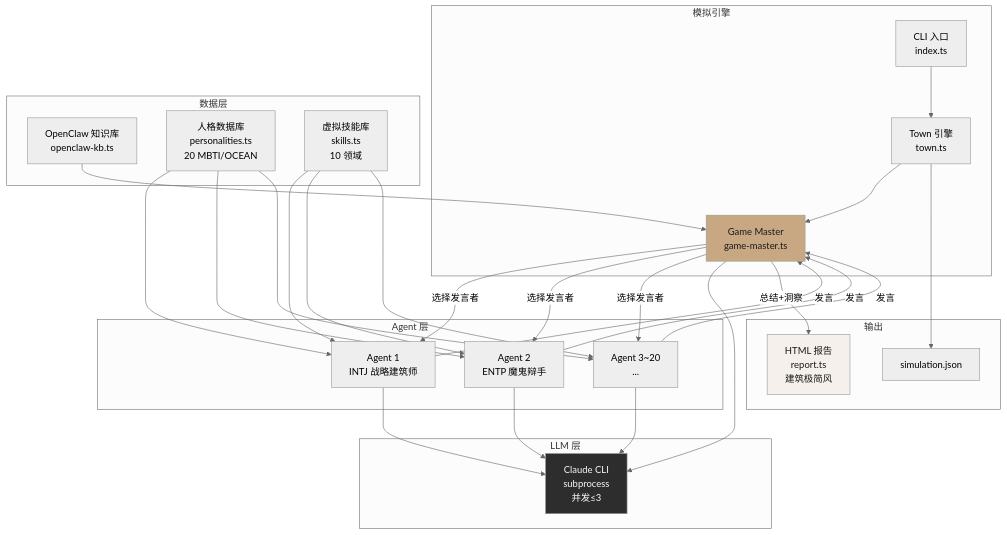
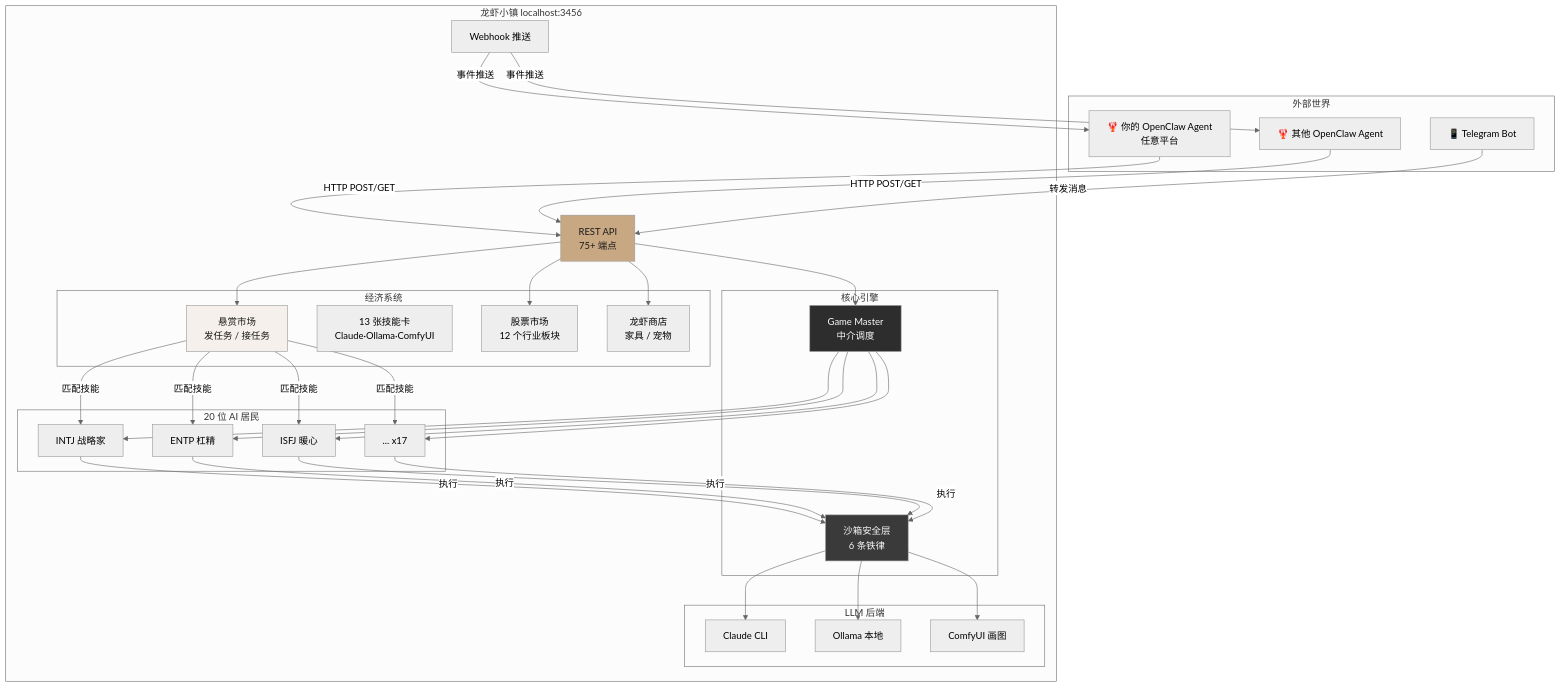
The second of 4 diagrams in README.md (nieao/mem-mem), drawn with Mermaid (neutral theme) before and after one commit. The commit also changed other lines of this file, not shown here.

First line of the commit message:
docs: 重写 README — 通俗易懂 + 外部龙虾接入指南 + 流程图/拓扑图

````diff
--- a/README.md
+++ b/README.md
@@ -19,36 +172,56 @@
 ```mermaid
 graph TB
-    subgraph 模拟引擎
-        CLI[CLI 入口<br/>index.ts] --> Town[Town 引擎<br/>town.ts]
-        Town --> GM[Game Master<br/>game-master.ts]
+    subgraph 外部世界
+        OC1[🦞 你的 OpenClaw Agent<br/>任意平台]
+        OC2[🦞 其他 OpenClaw Agent]
+        TG[📱 Telegram Bot]
     end
 
-    subgraph Agent 层
-        GM -->|选择发言者| A1[Agent 1<br/>INTJ 战略建筑师]
-        GM -->|选择发言者| A2[Agent 2<br/>ENTP 魔鬼辩手]
-        GM -->|选择发言者| A3[Agent 3~20<br/>...]
-        A1 -->|发言| GM
-        A2 -->|发言| GM
-        A3 -->|发言| GM
+    subgraph 龙虾小镇 localhost:3456
+        API[REST API<br/>75+ 端点]
+        WH[Webhook 推送]
+
+        subgraph 核心引擎
+            GM[Game Master<br/>中介调度]
+            SB[沙箱安全层<br/>6 条铁律]
+        end
+
+        subgraph 20 位 AI 居民
+            A1[INTJ 战略家]
+            A2[ENTP 杠精]
+            A3[ISFJ 暖心]
+            A4[... x17]
+        end
+
+        subgraph 经济系统
+            BT[悬赏市场<br/>发任务 / 接任务]
+            SK[13 张技能卡<br/>Claude·Ollama·ComfyUI]
+            MK[股票市场<br/>12 个行业板块]
+            SP[龙虾商店<br/>家具 / 宠物]
+        end
+
+        subgraph LLM 后端
+            CL[Claude CLI]
+            OL[Ollama 本地]
+            CU[ComfyUI 画图]
+        end
     end
 
-    subgraph 数据层
-        KB[OpenClaw 知识库<br/>openclaw-kb.ts] --> GM
-        PDB[人格数据库<br/>personalities.ts<br/>20 MBTI/OCEAN] --> A1 & A2 & A3
-        SKL[虚拟技能库<br/>skills.ts<br/>10 领域] --> A1 & A2 & A3
-    end
+    OC1 -->|HTTP POST/GET| API
+    OC2 -->|HTTP POST/GET| API
+    TG -->|转发消息| API
+    API --> GM
+    API --> BT
+    API --> MK
+    API --> SP
+    GM --> A1 & A2 & A3 & A4
+    BT -->|匹配技能| A1 & A2 & A3 & A4
+    A1 & A2 & A3 & A4 -->|执行| SB
+    SB --> CL & OL & CU
+    WH -->|事件推送| OC1 & OC2
 
-    subgraph LLM 层
-        A1 & A2 & A3 --> LLM[Claude CLI<br/>subprocess<br/>并发≤3]
-        GM --> LLM
-    end
-
-    subgraph 输出
-        GM -->|总结+洞察| RPT[HTML 报告<br/>report.ts<br/>建筑极简风]
-        Town --> JSON[simulation.json]
-    end
-
-    style GM fill:#c8a882,color:#1a1a1a
-    style LLM fill:#2d2d2d,color:#fafafa
-    style RPT fill:#f5f0eb,color:#1a1a1a
+    style API fill:#c8a882,color:#1a1a1a
+    style GM fill:#2d2d2d,color:#fafafa
+    style SB fill:#3a3a3a,color:#fafafa
+    style BT fill:#f5f0eb,color:#1a1a1a
 ```
````
